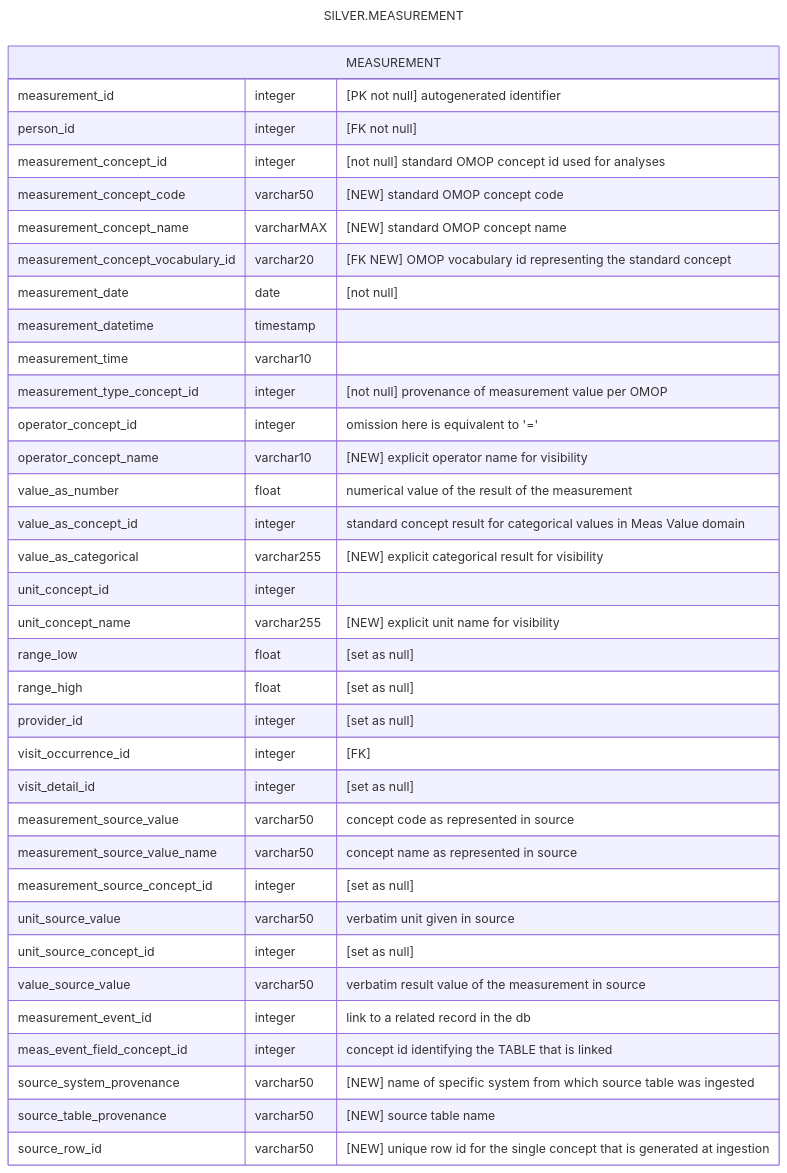
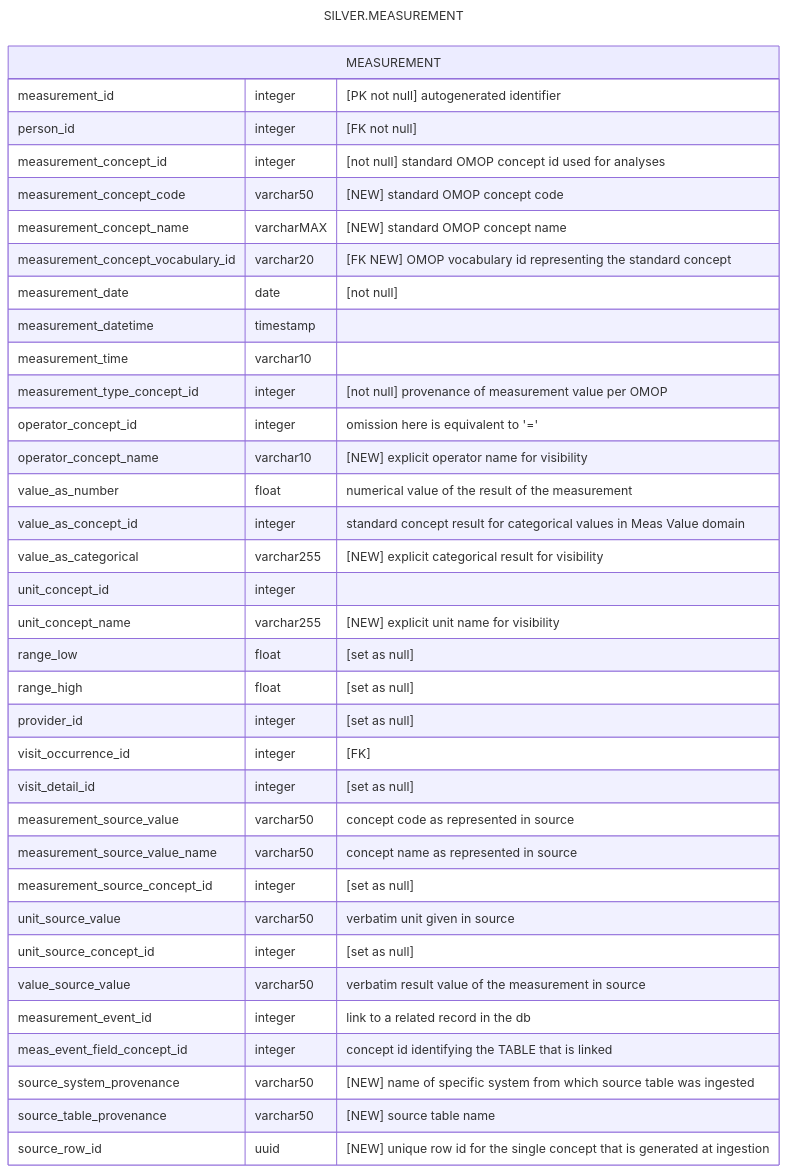
One commit to d3london/sde_aic_external_docs changed the second of 2 diagrams in src/pages/data_model/cdm_measurement.qmd. Above: the diagram before and after it, drawn with Mermaid. The commit also changed 5 other files, not shown here.

Commit message:
updated intro text and diagram

````diff
--- a/src/pages/data_model/cdm_measurement.qmd
+++ b/src/pages/data_model/cdm_measurement.qmd
@@ -48,41 +48,41 @@
 ```{mermaid}
 ---
 title: SILVER.MEASUREMENT
 ---
 erDiagram
     MEASUREMENT {
         measurement_id integer "[PK not null] autogenerated identifier"
         person_id integer "[FK not null]"
         measurement_concept_id integer "[not null] standard OMOP concept id used for analyses"
         measurement_concept_code varchar50 "[NEW] standard OMOP concept code"
         measurement_concept_name varcharMAX "[NEW] standard OMOP concept name"
         measurement_concept_vocabulary_id varchar20 "[FK NEW] OMOP vocabulary id representing the standard concept"              
         measurement_date date "[not null]"
         measurement_datetime timestamp
         measurement_time varchar10
         measurement_type_concept_id integer "[not null] provenance of measurement value per OMOP"
         operator_concept_id integer "omission here is equivalent to '='"
         operator_concept_name varchar10 "[NEW] explicit operator name for visibility"         
         value_as_number float "numerical value of the result of the measurement"
         value_as_concept_id integer "standard concept result for categorical values in Meas Value domain"
         value_as_categorical varchar255 "[NEW] explicit categorical result for visibility"        
         unit_concept_id integer
         unit_concept_name varchar255 "[NEW] explicit unit name for visibility"
         range_low float  "[set as null]"
         range_high float  "[set as null]"
         provider_id integer  "[set as null]"
         visit_occurrence_id integer "[FK]"
         visit_detail_id integer "[set as null]"
         measurement_source_value varchar50 "concept code as represented in source"
         measurement_source_value_name varchar50 "concept name as represented in source"        
         measurement_source_concept_id integer "[set as null]"
         unit_source_value varchar50 "verbatim unit given in source"
         unit_source_concept_id integer "[set as null]"
         value_source_value varchar50 "verbatim result value of the measurement in source"
         measurement_event_id integer "link to a related record in the db"
         meas_event_field_concept_id integer "concept id identifying the TABLE that is linked"
         source_system_provenance varchar50 "[NEW] name of specific system from which source table was ingested"
         source_table_provenance varchar50 "[NEW] source table name"
-        source_row_id varchar50 "[NEW] unique row id for the single concept that is generated at ingestion"          
+        source_row_id uuid "[NEW] unique row id for the single concept that is generated at ingestion"          
     }
 ```
````
